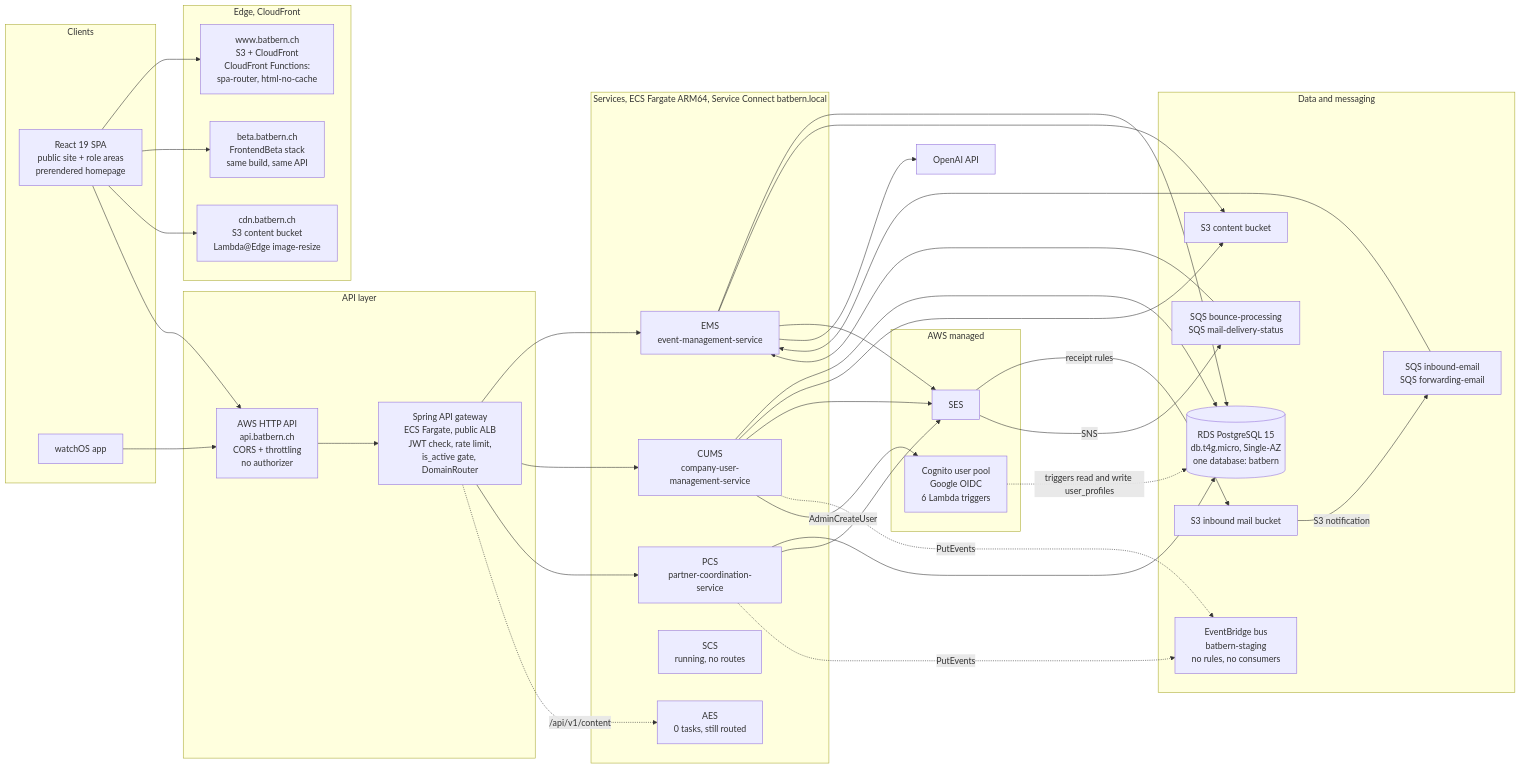
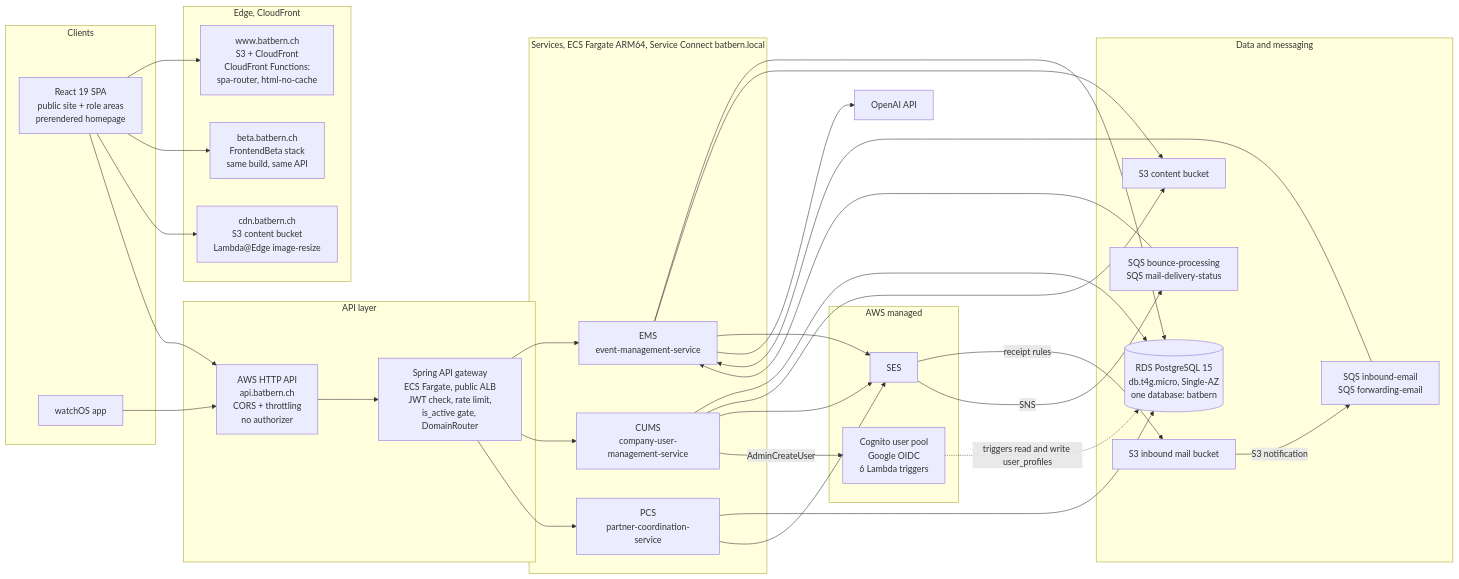
One commit to nissimbuchs/BATbern2 changed the third of 8 diagrams in docs/architecture/01-system-overview.md. Above: the diagram before and after it, drawn with Mermaid. The commit also changed other lines of this file and 392 other files, not shown here.

First line of the commit message:
feat(architecture): Epic 17 first batch: test fidelity, dead surface removed, API and module gates (17.0a-17.5, 17.3b) (#1258)

````diff
--- a/docs/architecture/01-system-overview.md
+++ b/docs/architecture/01-system-overview.md
@@ -140,67 +136,62 @@
 ```mermaid
 flowchart LR
     subgraph clients["Clients"]
         SPA["React 19 SPA<br/>public site + role areas<br/>prerendered homepage"]
         WAPP["watchOS app"]
     end
 
     subgraph edge["Edge, CloudFront"]
         WWW["www.batbern.ch<br/>S3 + CloudFront<br/>CloudFront Functions:<br/>spa-router, html-no-cache"]
         BETA["beta.batbern.ch<br/>FrontendBeta stack<br/>same build, same API"]
         CDNB["cdn.batbern.ch<br/>S3 content bucket<br/>Lambda@Edge image-resize"]
     end
 
     subgraph api["API layer"]
         HTTPAPI["AWS HTTP API<br/>api.batbern.ch<br/>CORS + throttling<br/>no authorizer"]
         GW["Spring API gateway<br/>ECS Fargate, public ALB<br/>JWT check, rate limit,<br/>is_active gate, DomainRouter"]
     end
 
     subgraph svc["Services, ECS Fargate ARM64, Service Connect batbern.local"]
         EMS["EMS<br/>event-management-service"]
         CUMS["CUMS<br/>company-user-management-service"]
         PCS["PCS<br/>partner-coordination-service"]
-        SCS["SCS<br/>running, no routes"]
-        AES["AES<br/>0 tasks, still routed"]
     end
 
     subgraph data["Data and messaging"]
         RDS[("RDS PostgreSQL 15<br/>db.t4g.micro, Single-AZ<br/>one database: batbern")]
         S3C["S3 content bucket"]
         S3M["S3 inbound mail bucket"]
         SQSIN["SQS inbound-email<br/>SQS forwarding-email"]
         SQSOUT["SQS bounce-processing<br/>SQS mail-delivery-status"]
-        EB["EventBridge bus<br/>batbern-staging<br/>no rules, no consumers"]
     end
 
     subgraph aws["AWS managed"]
         COG["Cognito user pool<br/>Google OIDC<br/>6 Lambda triggers"]
         SES["SES"]
     end
 
     OAI["OpenAI API"]
 
     SPA --> WWW
     SPA --> BETA
     SPA --> CDNB
     SPA --> HTTPAPI
     WAPP --> HTTPAPI
     HTTPAPI --> GW
     GW --> EMS
     GW --> CUMS
     GW --> PCS
-    GW -.->|"/api/v1/content"| AES
     EMS & CUMS & PCS --> RDS
     EMS & CUMS --> S3C
     EMS --> SES
     CUMS --> SES
     PCS --> SES
     SES -->|"receipt rules"| S3M
     S3M -->|"S3 notification"| SQSIN
     SQSIN --> EMS
     SES -->|"SNS"| SQSOUT
     SQSOUT --> EMS
-    CUMS & PCS -.->|"PutEvents"| EB
     EMS --> OAI
     COG -.->|"triggers read and write user_profiles"| RDS
     CUMS -->|"AdminCreateUser"| COG
 ```
````
